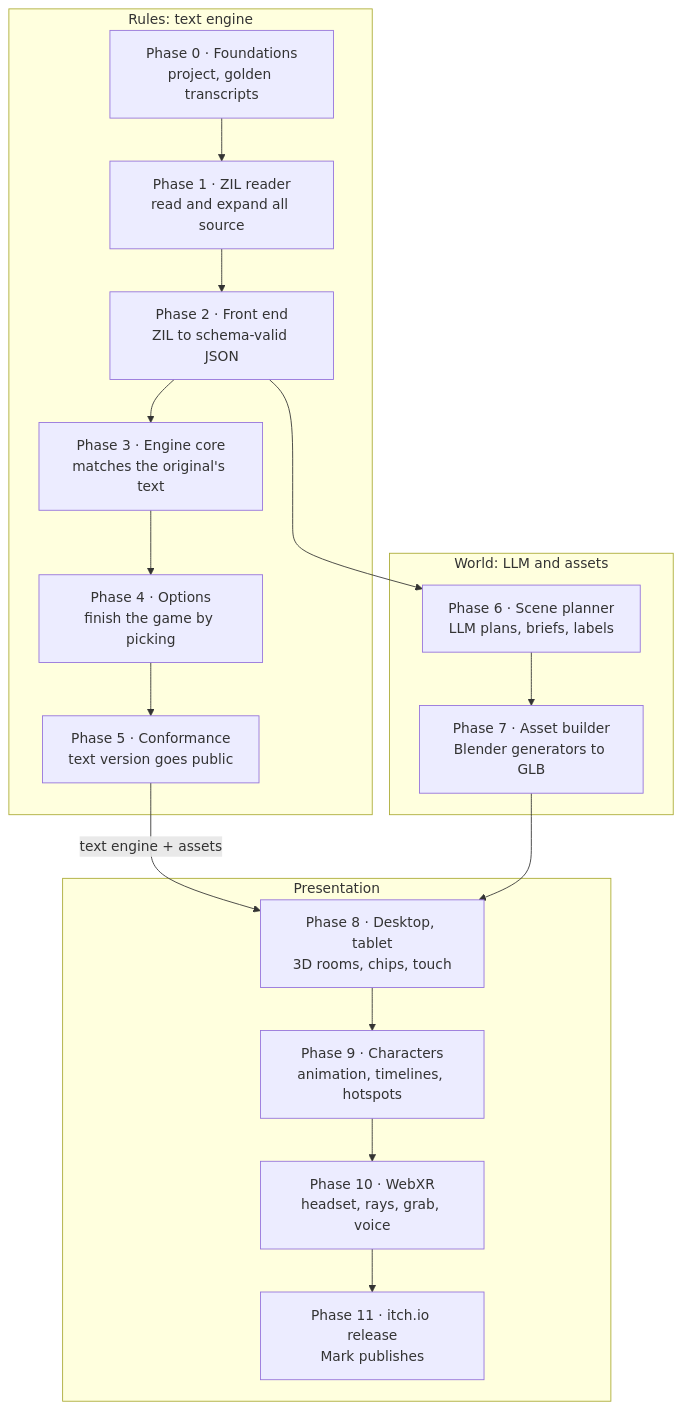
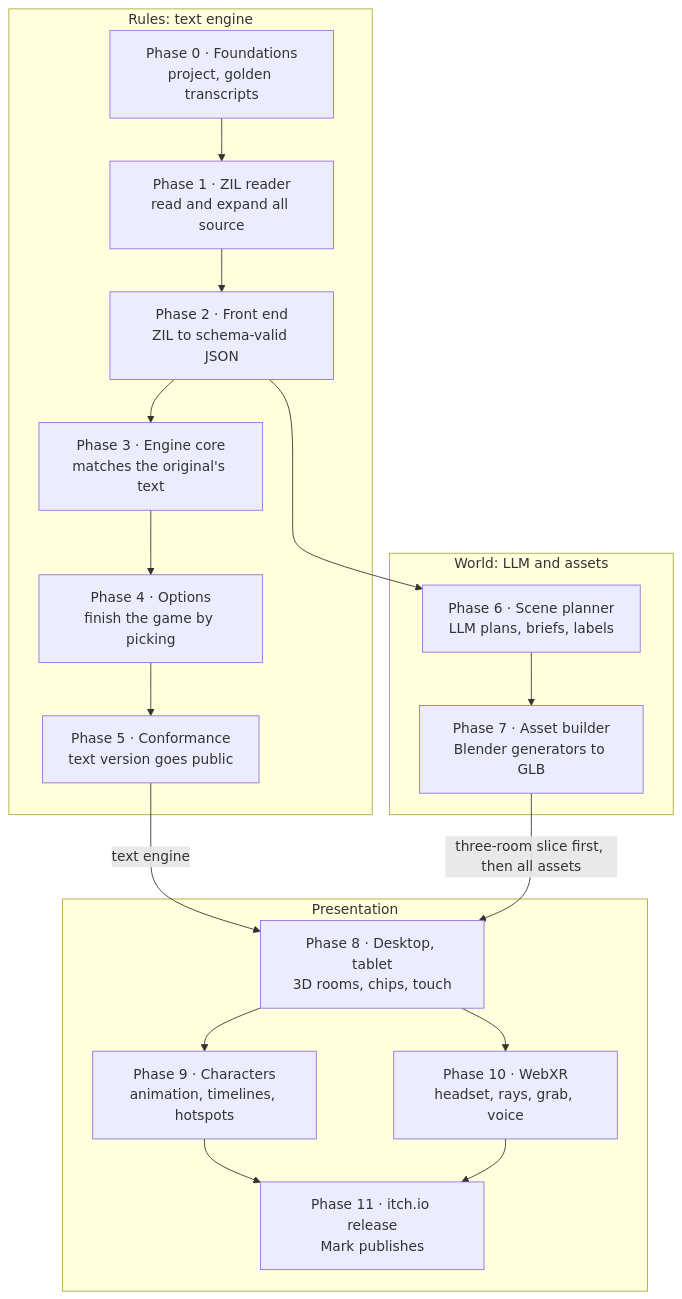
One commit to kariato/zxr changed the diagram in docs/build-plan.md. Above: the diagram before and after it, drawn with Mermaid. The commit also changed other lines of this file and 2 other files, not shown here.

````diff
--- a/docs/build-plan.md
+++ b/docs/build-plan.md
@@ -31,15 +31,20 @@
 ```mermaid
 flowchart TB
   subgraph rules["Rules: text engine"]
     P0["Phase 0 · Foundations<br/>project, golden transcripts"] --> P1["Phase 1 · ZIL reader<br/>read and expand all source"] --> P2["Phase 2 · Front end<br/>ZIL to schema-valid JSON"] --> P3["Phase 3 · Engine core<br/>matches the original's text"] --> P4["Phase 4 · Options<br/>finish the game by picking"] --> P5["Phase 5 · Conformance<br/>text version goes public"]
   end
   subgraph world["World: LLM and assets"]
     P6["Phase 6 · Scene planner<br/>LLM plans, briefs, labels"] --> P7["Phase 7 · Asset builder<br/>Blender generators to GLB"]
   end
   subgraph pres["Presentation"]
-    P8["Phase 8 · Desktop, tablet<br/>3D rooms, chips, touch"] --> P9["Phase 9 · Characters<br/>animation, timelines, hotspots"] --> P10["Phase 10 · WebXR<br/>headset, rays, grab, voice"] --> P11["Phase 11 · itch.io release<br/>Mark publishes"]
+    P8["Phase 8 · Desktop, tablet<br/>3D rooms, chips, touch"]
+    P9["Phase 9 · Characters<br/>animation, timelines, hotspots"]
+    P10["Phase 10 · WebXR<br/>headset, rays, grab, voice"]
+    P11["Phase 11 · itch.io release<br/>Mark publishes"]
+    P8 --> P9 --> P11
+    P8 --> P10 --> P11
   end
   P2 --> P6
-  P5 -- text engine + assets --> P8
-  P7 --> P8
+  P5 -- text engine --> P8
+  P7 -- "three-room slice first, then all assets" --> P8
 ```
````
